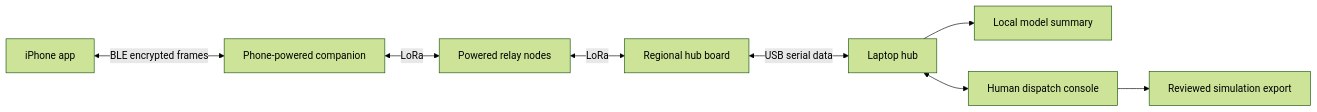
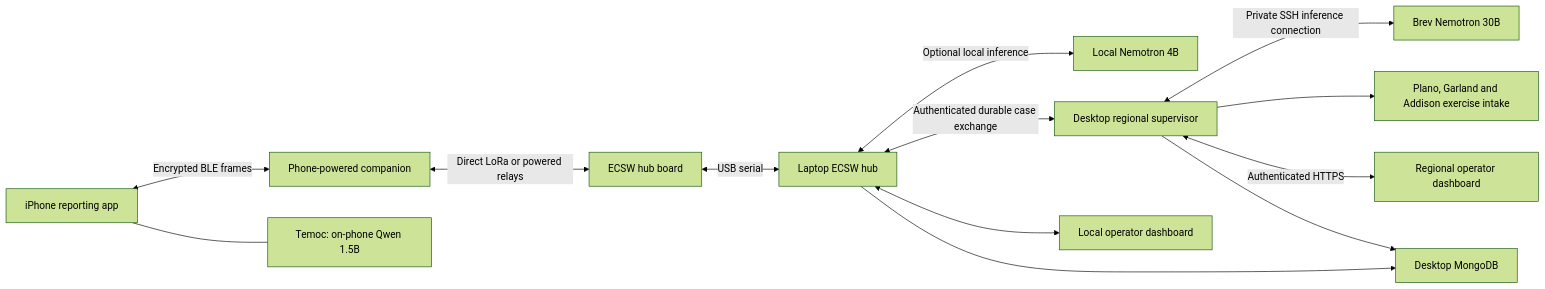
One commit to abhikhur27/emergencymesh changed the diagram in docs/ARCHITECTURE.md. Above: the diagram before and after it, drawn with Mermaid (forest theme). The commit also changed other lines of this file and 16 other files, not shown here.

````diff
--- a/docs/ARCHITECTURE.md
+++ b/docs/ARCHITECTURE.md
@@ -5,10 +7,15 @@
 ```mermaid
 flowchart LR
-  P[iPhone app] <-->|BLE encrypted frames| C[Phone-powered companion]
-  C <-->|LoRa| R[Powered relay nodes]
-  R <-->|LoRa| H[Regional hub board]
-  H <-->|USB serial data| L[Laptop hub]
-  L --> A[Local model summary]
-  L <--> D[Human dispatch console]
-  D --> E[Reviewed simulation export]
+  P[iPhone reporting app] <-->|Encrypted BLE frames| C[Phone-powered companion]
+  C <-->|Direct LoRa or powered relays| H[ECSW hub board]
+  H <-->|USB serial| L[Laptop ECSW hub]
+  L <-->|Optional local inference| N[Local Nemotron 4B]
+  L <-->|Authenticated durable case exchange| S[Desktop regional supervisor]
+  S <-->|Private SSH inference connection| B[Brev Nemotron 30B]
+  S --> T[Plano, Garland and Addison exercise intake]
+  S <-->|Authenticated HTTPS| D[Regional operator dashboard]
+  L <--> O[Local operator dashboard]
+  P --- Q[Temoc: on-phone Qwen 1.5B]
+  L --> M[Desktop MongoDB]
+  S --> M
 ```
````
